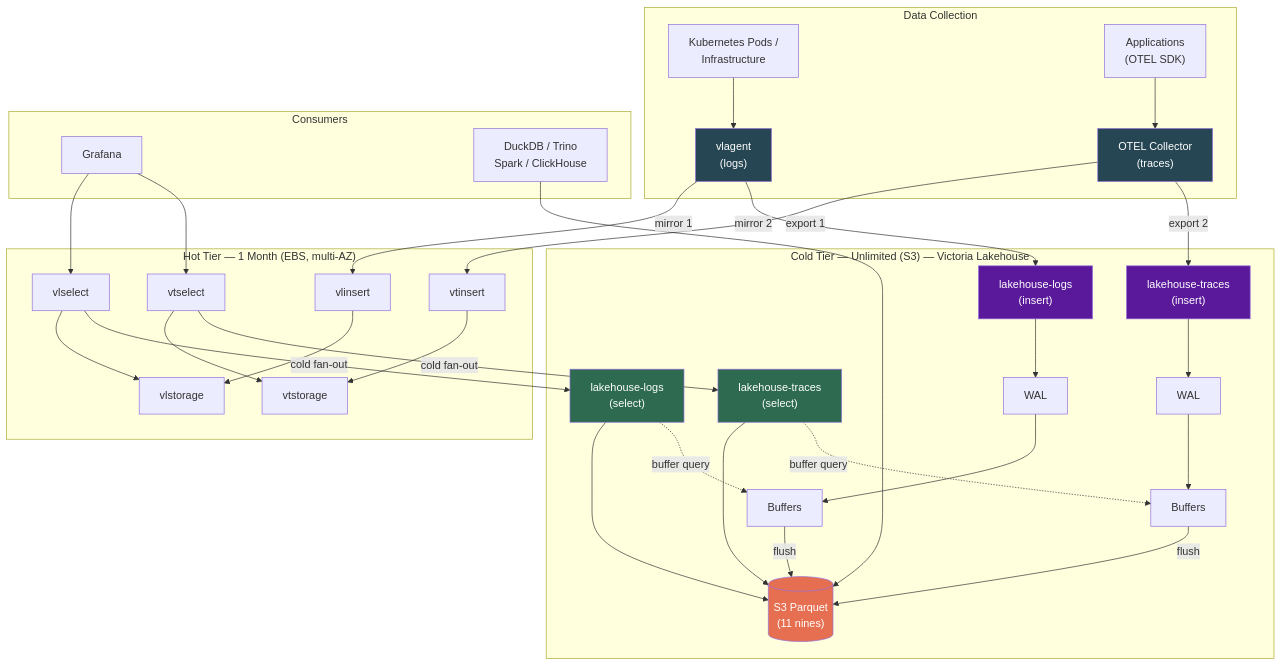
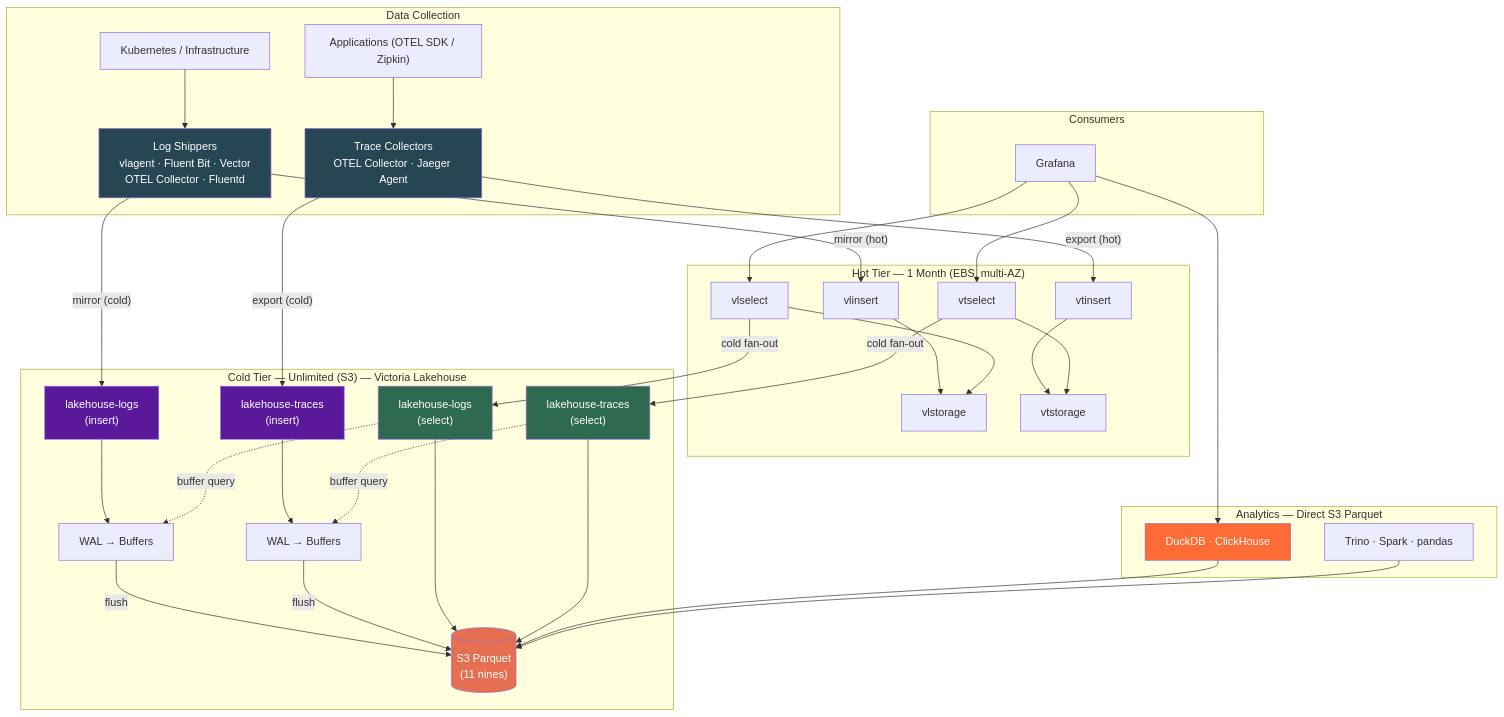
Before and after one commit to ReliablyObserve/victoria-lakehouse: the first of 10 diagrams in README.md, drawn with Mermaid. The commit also changed other lines of this file and 29 other files, not shown here.

First line of the commit message:
feat: multi-level select, analytics datasources, hot+cold architecture (#46)

````diff
--- a/README.md
+++ b/README.md
@@ -117,51 +120,56 @@
 ```mermaid
 graph TB
     subgraph "Data Collection"
-        K8S["Kubernetes Pods /<br/>Infrastructure"] --> VA["vlagent<br/>(logs)"]
-        APP["Applications<br/>(OTEL SDK)"] --> OC["OTEL Collector<br/>(traces)"]
+        K8S["Kubernetes / Infrastructure"]
+        LOG["Log Shippers<br/>vlagent · Fluent Bit · Vector<br/>OTEL Collector · Fluentd"]
+        APP["Applications (OTEL SDK / Zipkin)"]
+        TRACE["Trace Collectors<br/>OTEL Collector · Jaeger Agent"]
+        K8S --> LOG
+        APP --> TRACE
     end
 
     subgraph "Hot Tier — 1 Month (EBS, multi-AZ)"
-        VA -->|mirror 1| VLI["vlinsert"]
-        OC -->|export 1| VTI["vtinsert"]
-        VLI --> VLSTO["vlstorage"]
-        VTI --> VTSTO["vtstorage"]
-        VLSEL["vlselect"]
-        VTSEL["vtselect"]
-        VLSEL --> VLSTO
-        VTSEL --> VTSTO
+        VLI["vlinsert"] --> VLSTO["vlstorage"]
+        VTI["vtinsert"] --> VTSTO["vtstorage"]
+        VLSEL["vlselect"] --> VLSTO
+        VTSEL["vtselect"] --> VTSTO
     end
 
     subgraph "Cold Tier — Unlimited (S3) — Victoria Lakehouse"
-        VA -->|mirror 2| LHL["lakehouse-logs<br/>(insert)"]
-        OC -->|export 2| LHT["lakehouse-traces<br/>(insert)"]
-        LHL --> WAL1["WAL"]
-        LHT --> WAL2["WAL"]
-        WAL1 --> BUF1["Buffers"]
-        WAL2 --> BUF2["Buffers"]
-        BUF1 -->|flush| S3[("S3 Parquet<br/>(11 nines)")]
-        BUF2 -->|flush| S3
-        LHLS["lakehouse-logs<br/>(select)"]
-        LHTS["lakehouse-traces<br/>(select)"]
-        LHLS --> S3
-        LHTS --> S3
-        LHLS -.->|buffer query| BUF1
-        LHTS -.->|buffer query| BUF2
+        LHL["lakehouse-logs<br/>(insert)"] --> WAL1["WAL → Buffers"]
+        LHT["lakehouse-traces<br/>(insert)"] --> WAL2["WAL → Buffers"]
+        WAL1 -->|flush| S3[("S3 Parquet<br/>(11 nines)")]
+        WAL2 -->|flush| S3
+        LHLS["lakehouse-logs<br/>(select)"] --> S3
+        LHTS["lakehouse-traces<br/>(select)"] --> S3
+        LHLS -.->|buffer query| WAL1
+        LHTS -.->|buffer query| WAL2
     end
+
+    LOG -->|"mirror (hot)"| VLI
+    LOG -->|"mirror (cold)"| LHL
+    TRACE -->|"export (hot)"| VTI
+    TRACE -->|"export (cold)"| LHT
 
     subgraph "Consumers"
         GF["Grafana"] --> VLSEL
         GF --> VTSEL
         VLSEL -->|cold fan-out| LHLS
         VTSEL -->|cold fan-out| LHTS
-        DDB["DuckDB / Trino<br/>Spark / ClickHouse"] --> S3
+    end
+
+    subgraph "Analytics — Direct S3 Parquet"
+        GF --> DDB["DuckDB · ClickHouse"]
+        DDB --> S3
+        TRI["Trino · Spark · pandas"] --> S3
     end
 
     style S3 fill:#e76f51,color:#fff
     style LHL fill:#5a189a,color:#fff
     style LHT fill:#5a189a,color:#fff
     style LHLS fill:#2d6a4f,color:#fff
     style LHTS fill:#2d6a4f,color:#fff
-    style VA fill:#264653,color:#fff
-    style OC fill:#264653,color:#fff
+    style LOG fill:#264653,color:#fff
+    style TRACE fill:#264653,color:#fff
+    style DDB fill:#ff6b35,color:#fff
 ```
````
